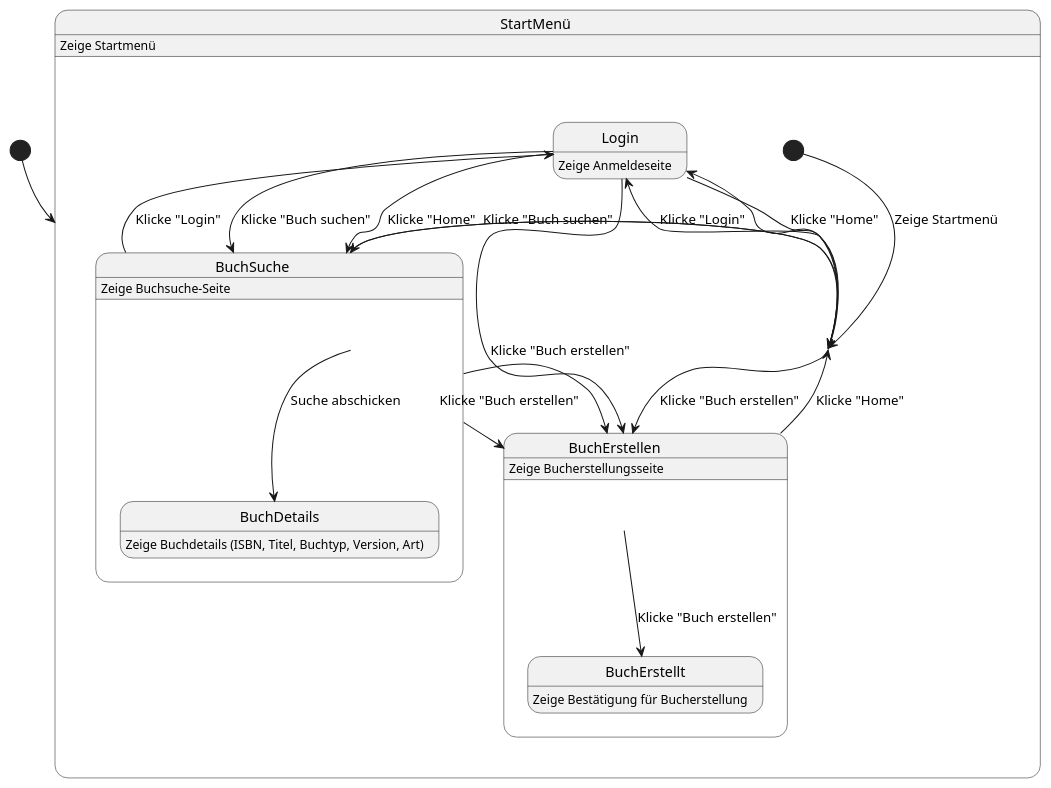
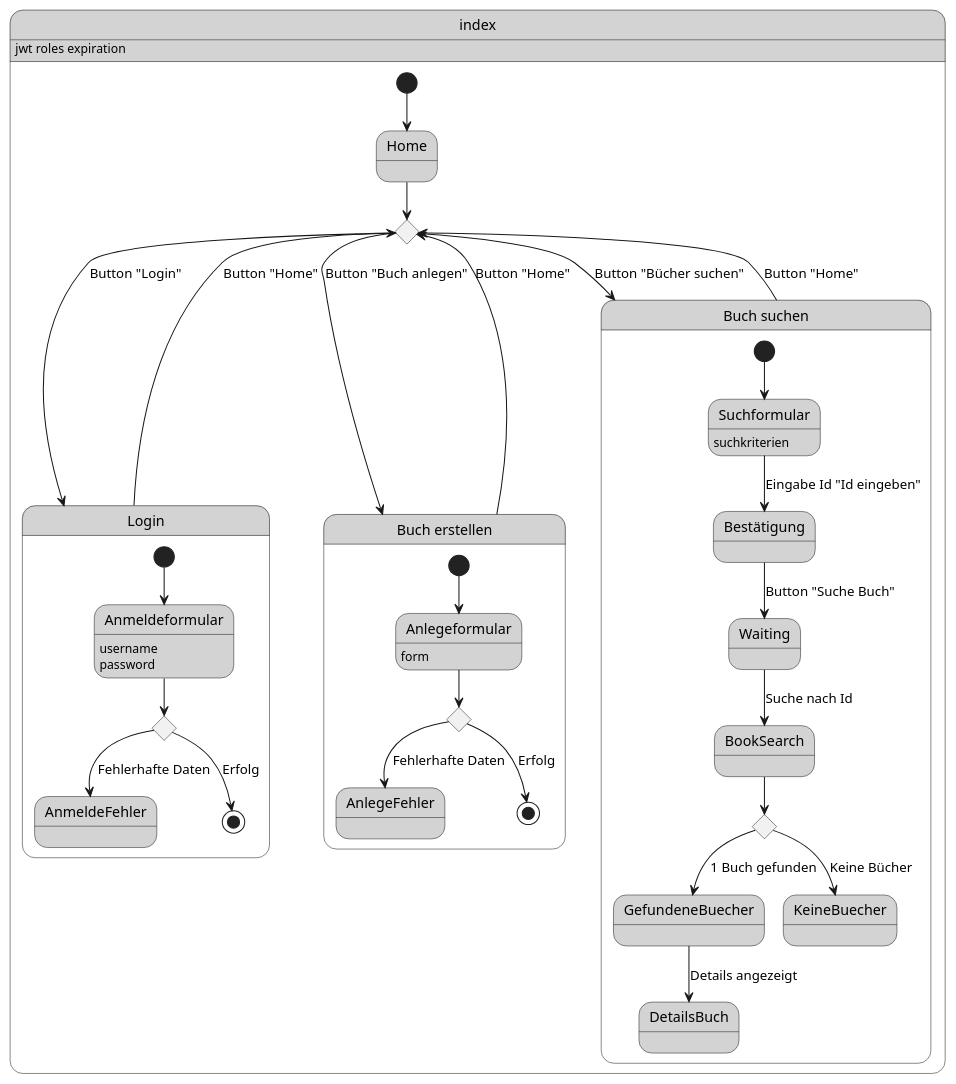
One commit to SWETeamGrp9SS23/webanwendung changed the diagram in .extras/doc/Buch.plantuml. Above: the diagram before and after it, drawn with PlantUML. The commit also changed 1 other file, not shown here.

Commit message:
Zustandsdiagramm fertig

```diff
--- a/.extras/doc/Buch.plantuml
+++ b/.extras/doc/Buch.plantuml
@@ -1,45 +1,63 @@
 @startuml Zustandsdiagramm
-[*] --> StartMenü
 
-state StartMenü {
-  [*] --> StartMenü: Zeige Startmenü
-  StartMenü --> Login: Klicke "Login"
-  StartMenü --> BuchSuche: Klicke "Buch suchen"
-  StartMenü --> BuchErstellen: Klicke "Buch erstellen"
+skinparam state {
+    BackgroundColor LightGrey
 }
 
-state Login {
-  Login --> BuchErstellen: Klicke "Buch erstellen"
-  Login --> BuchSuche: Klicke "Buch suchen"
-  Login --> StartMenü: Klicke "Home"
+state index {
+    [*] --> Home
+    
+    state Verteilung <<choice>>
+    Home --> Verteilung
+    
+    Verteilung --> auth: Button "Login"
+    auth --> Verteilung: Button "Home"
+
+    Verteilung --> create: Button "Buch anlegen"
+    create --> Verteilung: Button "Home"
+    Verteilung --> root: Button "Bücher suchen"
+    root --> Verteilung: Button "Home"
+
+
+    index: jwt roles expiration
+  
+    state "Login" as auth {
+        Anmeldeformular: username
+        Anmeldeformular: password
+        state Anmeldergebnis <<choice>>
+
+        [*] --> Anmeldeformular
+        Anmeldeformular --> Anmeldergebnis
+        Anmeldergebnis --> AnmeldeFehler: Fehlerhafte Daten
+        Anmeldergebnis --> [*]: Erfolg
+    }
+
+    state "Buch erstellen" as create {
+        Anlegeformular: form
+        state Anmeldeergebnis <<choice>>
+
+        [*] --> Anlegeformular
+        Anlegeformular --> Anmeldeergebnis
+        Anmeldeergebnis --> AnlegeFehler: Fehlerhafte Daten
+        Anmeldeergebnis --> [*]: Erfolg
+    }
+
+    state "Buch suchen" as root {
+        Suchformular: suchkriterien
+        state Suchergebnis <<choice>>
+
+        [*] --> Suchformular
+        Suchformular --> Bestätigung: Eingabe Id "Id eingeben"
+        Bestätigung --> Waiting: Button "Suche Buch"
+        Waiting --> BookSearch: Suche nach Id
+        BookSearch --> Suchergebnis
+        Suchergebnis --> GefundeneBuecher: 1 Buch gefunden
+        Suchergebnis --> KeineBuecher: Keine Bücher
+        GefundeneBuecher -->  DetailsBuch: Details angezeigt
+    }
+
+
+
 }
 
-state BuchSuche {
-  BuchSuche --> BuchDetails: Suche abschicken
-  BuchSuche --> Login: Klicke "Login"
-  BuchSuche --> BuchErstellen: Klicke "Buch erstellen"
-  BuchSuche --> StartMenü: Klicke "Home"
-}
-
-state BuchErstellen {
-  BuchErstellen --> BuchErstellt: Klicke "Buch erstellen"
-  BuchErstellen --> StartMenü: Klicke "Home"
-}
-
-state BuchDetails {
-}
-
-state BuchErstellt {
-}
-
-StartMenü -down-> Login
-Login -down-> BuchSuche
-BuchSuche -down-> BuchErstellen
-
-StartMenü: Zeige Startmenü
-Login: Zeige Anmeldeseite
-BuchSuche: Zeige Buchsuche-Seite
-BuchErstellen: Zeige Bucherstellungsseite
-BuchDetails: Zeige Buchdetails (ISBN, Titel, Buchtyp, Version, Art)
-BuchErstellt: Zeige Bestätigung für Bucherstellung
 @enduml
```
